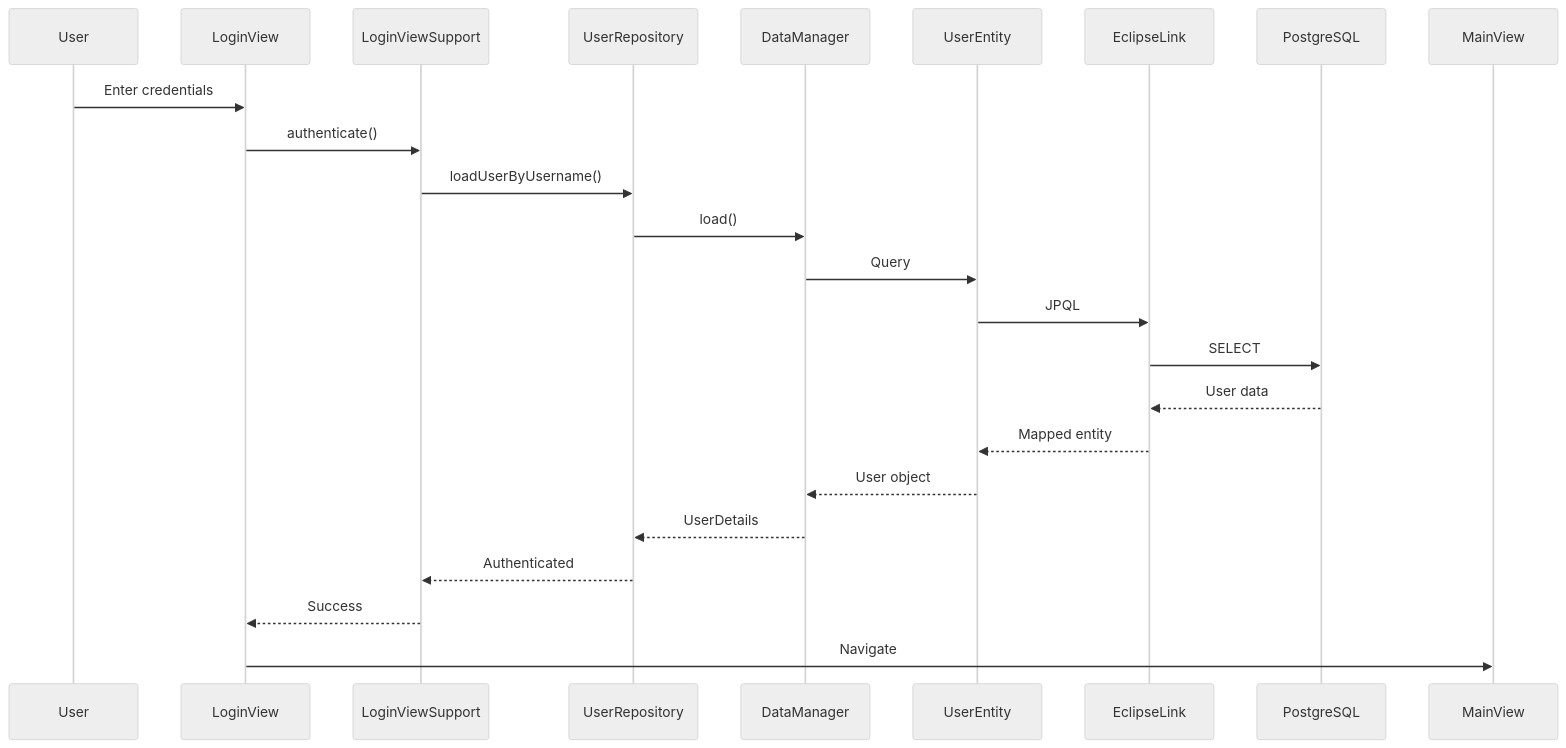
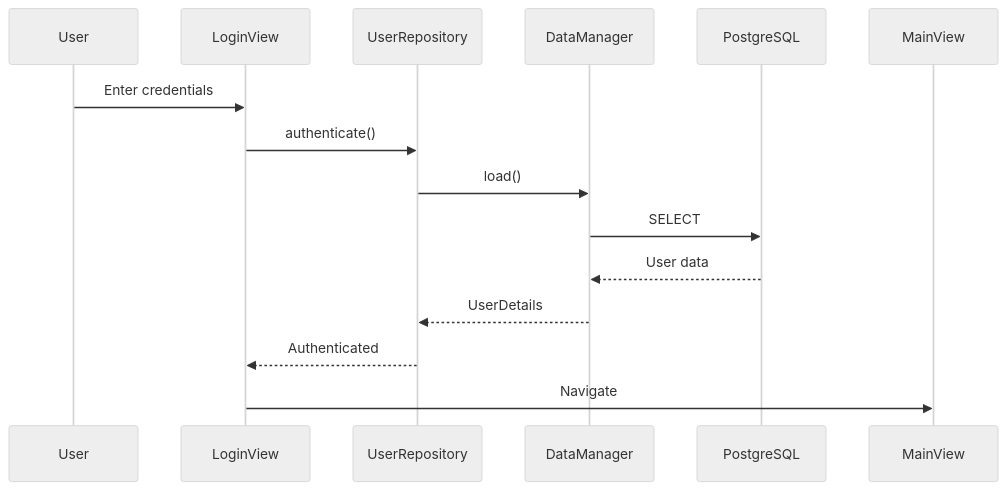
One commit to sovavibe/start changed the fourth of 4 diagrams in docs/architecture/ARCHITECTURE.md. Above: the diagram before and after it, drawn with Mermaid (neutral theme). The commit also changed other lines of this file and 74 other files, not shown here.

````diff
--- a/docs/architecture/ARCHITECTURE.md
+++ b/docs/architecture/ARCHITECTURE.md
@@ -292,27 +164,17 @@
 ```mermaid
 sequenceDiagram
     participant User
     participant LoginView
-    participant LoginViewSupport
     participant UserRepository
     participant DataManager
-    participant UserEntity
-    participant EclipseLink
     participant PostgreSQL
-    participant MainView
     
     User->>LoginView: Enter credentials
-    LoginView->>LoginViewSupport: authenticate()
-    LoginViewSupport->>UserRepository: loadUserByUsername()
+    LoginView->>UserRepository: authenticate()
     UserRepository->>DataManager: load()
-    DataManager->>UserEntity: Query
-    UserEntity->>EclipseLink: JPQL
-    EclipseLink->>PostgreSQL: SELECT
-    PostgreSQL-->>EclipseLink: User data
-    EclipseLink-->>UserEntity: Mapped entity
-    UserEntity-->>DataManager: User object
+    DataManager->>PostgreSQL: SELECT
+    PostgreSQL-->>DataManager: User data
     DataManager-->>UserRepository: UserDetails
-    UserRepository-->>LoginViewSupport: Authenticated
-    LoginViewSupport-->>LoginView: Success
+    UserRepository-->>LoginView: Authenticated
     LoginView->>MainView: Navigate
 ```
````
